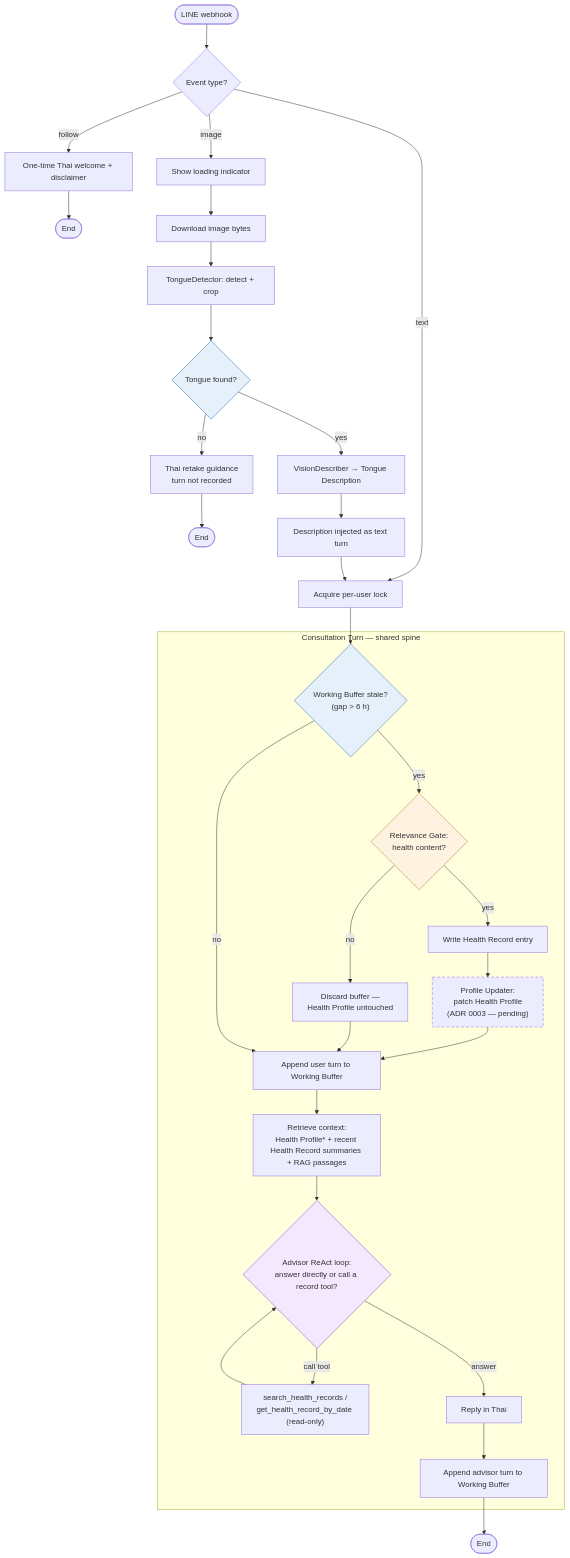
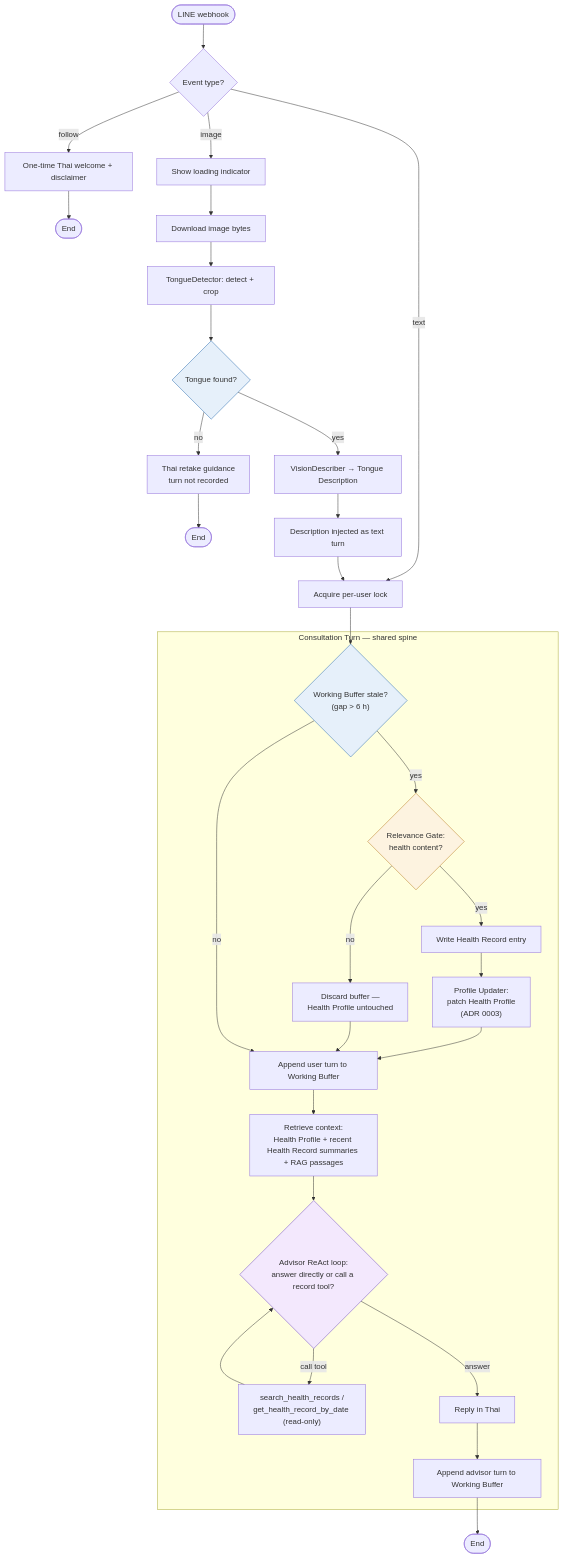
One commit to bright-arparwut/TTMAgent changed the diagram in docs/message-flow.md. Above: the diagram before and after it, drawn with Mermaid. The commit also changed other lines of this file and 2 other files, not shown here.

Commit message:
docs: mark Health Profile flow as built in message-flow docs

````diff
--- a/docs/message-flow.md
+++ b/docs/message-flow.md
@@ -10,48 +9,46 @@
 ```mermaid
 flowchart TD
     WH([LINE webhook]) --> EVT{"Event type?"}
 
     EVT -->|follow| WEL["One-time Thai welcome + disclaimer"]
     WEL --> END1([End])
 
     EVT -->|text| LOCK["Acquire per-user lock"]
 
     EVT -->|image| LOAD["Show loading indicator"]
     LOAD --> DL["Download image bytes"]
     DL --> DET["TongueDetector: detect + crop"]
     DET --> TF{"Tongue found?"}
     TF -->|no| RETAKE["Thai retake guidance<br/>turn not recorded"]
     RETAKE --> END2([End])
     TF -->|yes| VD["VisionDescriber &rarr; Tongue Description"]
     VD --> INJECT["Description injected as text turn"]
     INJECT --> LOCK
 
     subgraph SPINE["Consultation Turn — shared spine"]
         STALE{"Working Buffer stale?<br/>(gap > 6 h)"}
         STALE -->|yes| GATE{"Relevance Gate:<br/>health content?"}
         GATE -->|yes| REC["Write Health Record entry"]
-        REC --> PU["Profile Updater:<br/>patch Health Profile<br/>(ADR 0003 — pending)"]
+        REC --> PU["Profile Updater:<br/>patch Health Profile<br/>(ADR 0003)"]
         PU --> APPEND["Append user turn to Working Buffer"]
         GATE -->|no| DISCARD["Discard buffer —<br/>Health Profile untouched"]
         DISCARD --> APPEND
         STALE -->|no| APPEND
-        APPEND --> CTX["Retrieve context:<br/>Health Profile* + recent Health Record summaries + RAG passages"]
+        APPEND --> CTX["Retrieve context:<br/>Health Profile + recent Health Record summaries + RAG passages"]
         CTX --> AGENT{"Advisor ReAct loop:<br/>answer directly or call a record tool?"}
         AGENT -->|call tool| TOOLS["search_health_records /<br/>get_health_record_by_date (read-only)"]
         TOOLS --> AGENT
         AGENT -->|answer| REPLY["Reply in Thai"]
         REPLY --> APPADV["Append advisor turn to Working Buffer"]
     end
 
     LOCK --> STALE
     APPADV --> END3([End])
 
     classDef deterministic fill:#e6f0fa,stroke:#2b6cb0
     classDef llmscored fill:#fdf3e0,stroke:#b7791f
     classDef agentic fill:#f3e8fd,stroke:#6b46c1
-    classDef planned stroke-dasharray: 6 4
     class TF,STALE deterministic
     class GATE llmscored
     class AGENT agentic
-    class PU planned
 ```
````
